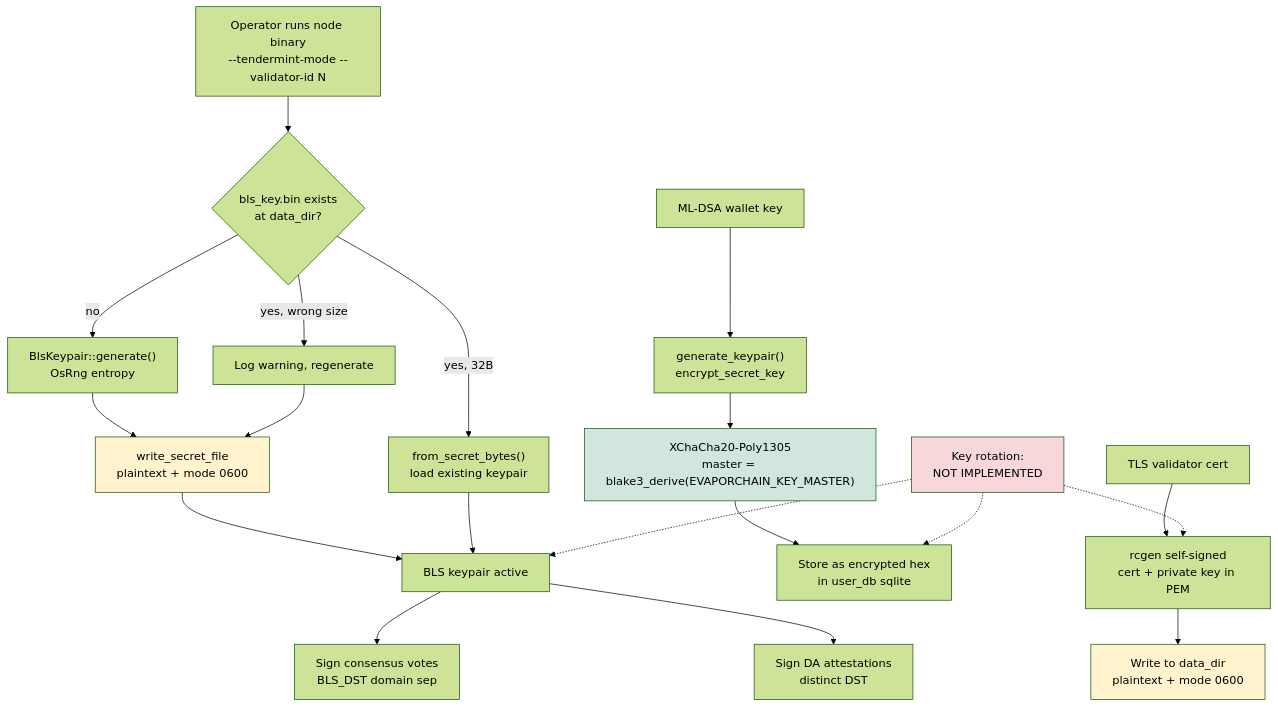
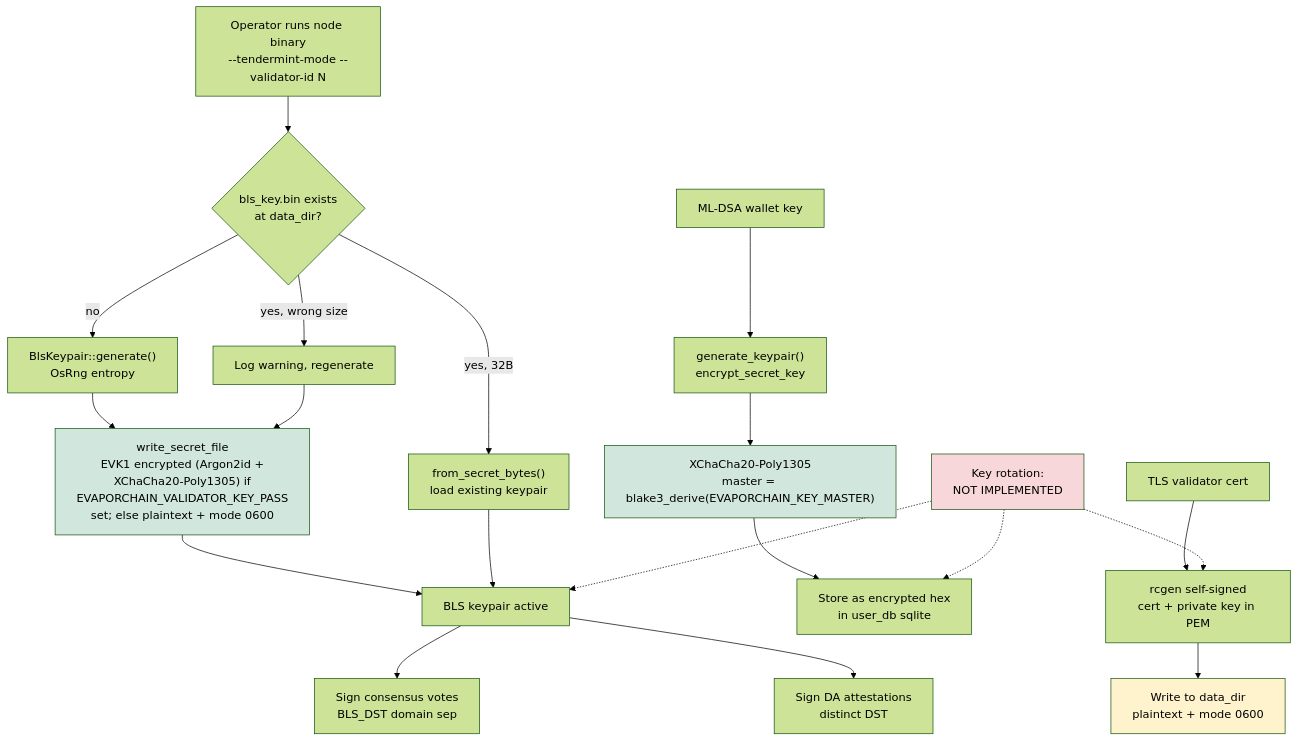
Before and after one commit to ss1738/EvaporChain: the diagram in docs/architecture/diagrams/validator_key_lifecycle.mmd, drawn with Mermaid (forest theme). The commit also changed 20 other files, not shown here.

```diff
--- a/docs/architecture/diagrams/validator_key_lifecycle.mmd
+++ b/docs/architecture/diagrams/validator_key_lifecycle.mmd
@@ -1,34 +1,40 @@
 %% EvaporChain — Validator Key Lifecycle (BLS12-381 + ML-DSA + TLS)
 
 flowchart TD
     A[Operator runs node binary<br/>--tendermint-mode --validator-id N] --> B{bls_key.bin exists<br/>at data_dir?}
     B -->|no| C[BlsKeypair::generate#40;#41;<br/>OsRng entropy]
     B -->|yes, 32B| D[from_secret_bytes#40;#41;<br/>load existing keypair]
     B -->|yes, wrong size| E[Log warning, regenerate]
-    C --> F[write_secret_file<br/>plaintext + mode 0600]
+    C --> F[write_secret_file<br/>EVK1 encrypted #40;Argon2id +<br/>XChaCha20-Poly1305#41; if<br/>EVAPORCHAIN_VALIDATOR_KEY_PASS<br/>set; else plaintext + mode 0600]
     F --> G[BLS keypair active]
     D --> G
     E --> F
 
     H[ML-DSA wallet key] --> I[generate_keypair#40;#41;<br/>encrypt_secret_key]
     I --> J[XChaCha20-Poly1305<br/>master = blake3_derive#40;EVAPORCHAIN_KEY_MASTER#41;]
     J --> K[Store as encrypted hex<br/>in user_db sqlite]
 
     L[TLS validator cert] --> M[rcgen self-signed<br/>cert + private key in PEM]
     M --> N[Write to data_dir<br/>plaintext + mode 0600]
 
     G --> O[Sign consensus votes<br/>BLS_DST domain sep]
     G --> P[Sign DA attestations<br/>distinct DST]
 
     Q[Key rotation:<br/>NOT IMPLEMENTED] -.-> G
     Q -.-> K
     Q -.-> M
 
-    style F fill:#fff3cd
+    style F fill:#d1e7dd
     style N fill:#fff3cd
     style J fill:#d1e7dd
     style Q fill:#f8d7da
 
-    %% YELLOW gates = plaintext on disk #40;mode 0600 only#41; — mainnet hardening required
-    %% RED   gates = unimplemented — mainnet blocker for operational rotation
-    %% audit/cross_verification_2026_04_27.md §4 — C-10 fix landed on wallet keys not validator keys
+    %% NOTE 2026-04-27 update:
+    %% - BLS validator key encryption #40;F#41; landed via commit 0af4bb2
+    %%   #40;EVK1: Argon2id + XChaCha20-Poly1305#41;. Opt-in via
+    %%   EVAPORCHAIN_VALIDATOR_KEY_PASS env var; --mainnet strict mode
+    %%   refuses to start without it.
+    %% - TLS validator cert #40;N#41; still plaintext on disk #40;mode 0600#41;
+    %%   — mainnet hardening still required for that path.
+    %% - Key rotation #40;Q#41; remains unimplemented — operational rotation
+    %%   needs a fresh deployment for now.
```
